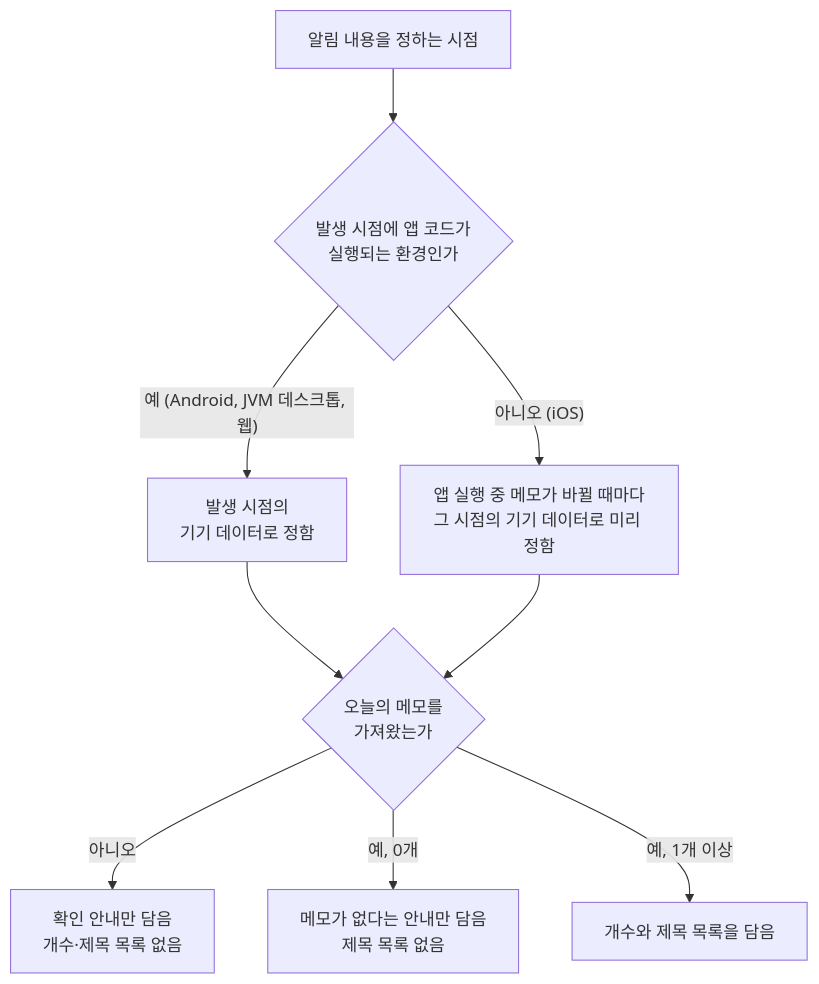
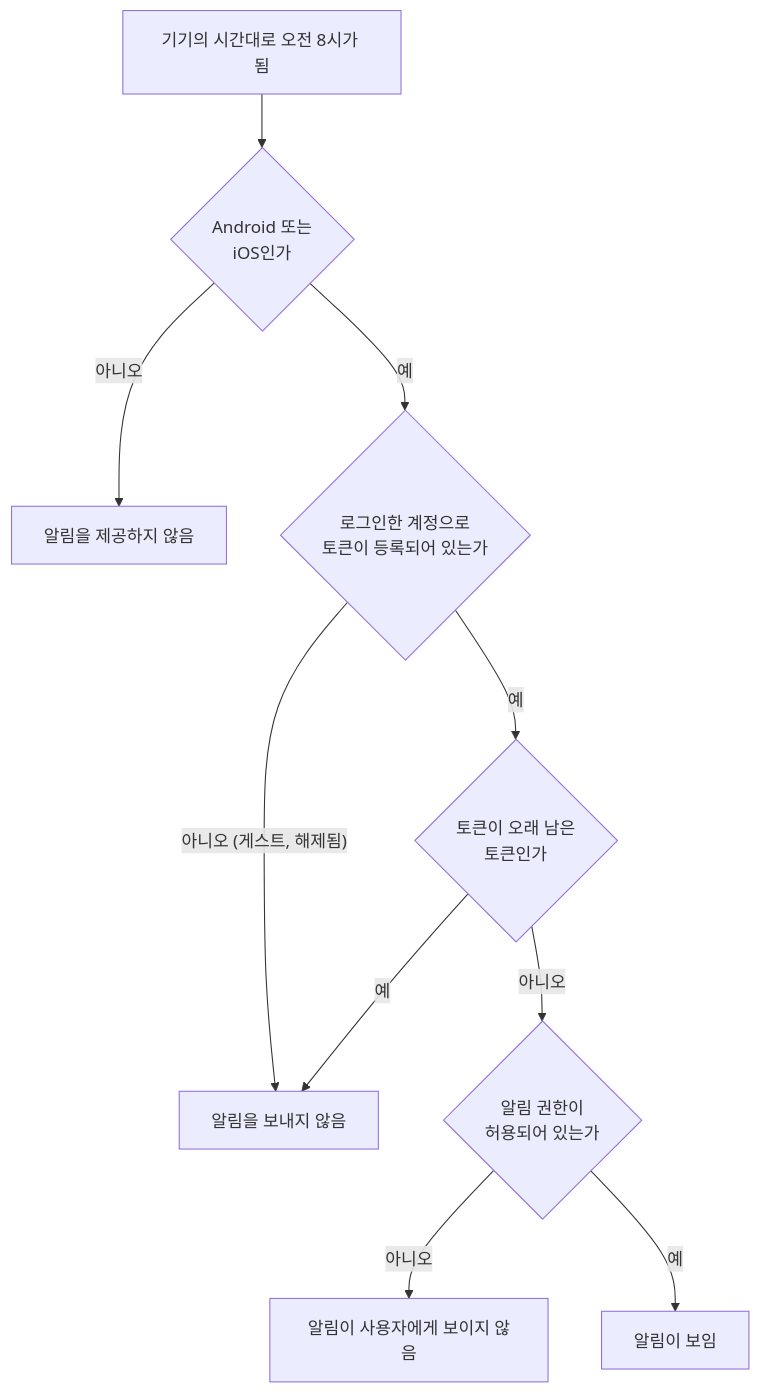
Before and after one commit to taetae98coding/DiaryKMP: the first of 2 diagrams in docs/spec/daily-memo-notification.md, drawn with Mermaid. The commit also changed other lines of this file and 5 other files, not shown here.

````diff
--- a/docs/spec/daily-memo-notification.md
+++ b/docs/spec/daily-memo-notification.md
@@ -67,11 +74,12 @@
 ```mermaid
 flowchart TD
-    Start["알림 내용을 정하는 시점"] --> Runnable{"발생 시점에 앱 코드가<br/>실행되는 환경인가"}
-    Runnable -- "예 (Android, JVM 데스크톱, 웹)" --> AtFire["발생 시점의<br/>기기 데이터로 정함"]
-    Runnable -- "아니오 (iOS)" --> Ahead["앱 실행 중 메모가 바뀔 때마다<br/>그 시점의 기기 데이터로 미리 정함"]
-    AtFire --> Fetch{"오늘의 메모를<br/>가져왔는가"}
-    Ahead --> Fetch
-    Fetch -- 아니오 --> Unknown["확인 안내만 담음<br/>개수·제목 목록 없음"]
-    Fetch -- "예, 0개" --> Empty["메모가 없다는 안내만 담음<br/>제목 목록 없음"]
-    Fetch -- "예, 1개 이상" --> Listed["개수와 제목 목록을 담음"]
+    Start["기기의 시간대로 오전 8시가 됨"] --> Platform{"Android 또는<br/>iOS인가"}
+    Platform -- 아니오 --> None["알림을 제공하지 않음"]
+    Platform -- 예 --> Token{"로그인한 계정으로<br/>토큰이 등록되어 있는가"}
+    Token -- "아니오 (게스트, 해제됨)" --> Skip["알림을 보내지 않음"]
+    Token -- 예 --> Stale{"토큰이 오래 남은<br/>토큰인가"}
+    Stale -- 예 --> Skip
+    Stale -- 아니오 --> Permission{"알림 권한이<br/>허용되어 있는가"}
+    Permission -- 아니오 --> Hidden["알림이 사용자에게 보이지 않음"]
+    Permission -- 예 --> Notify["알림이 보임"]
 ```
````
